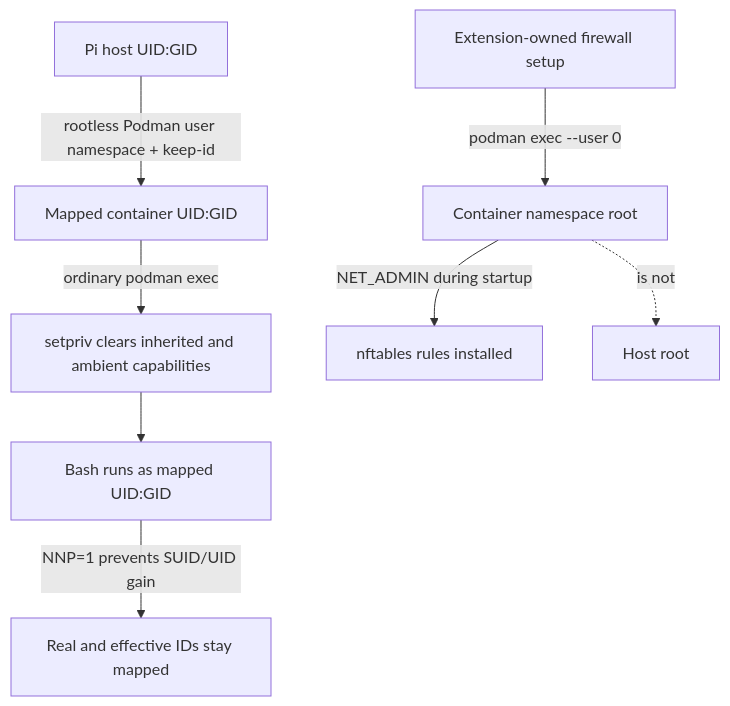
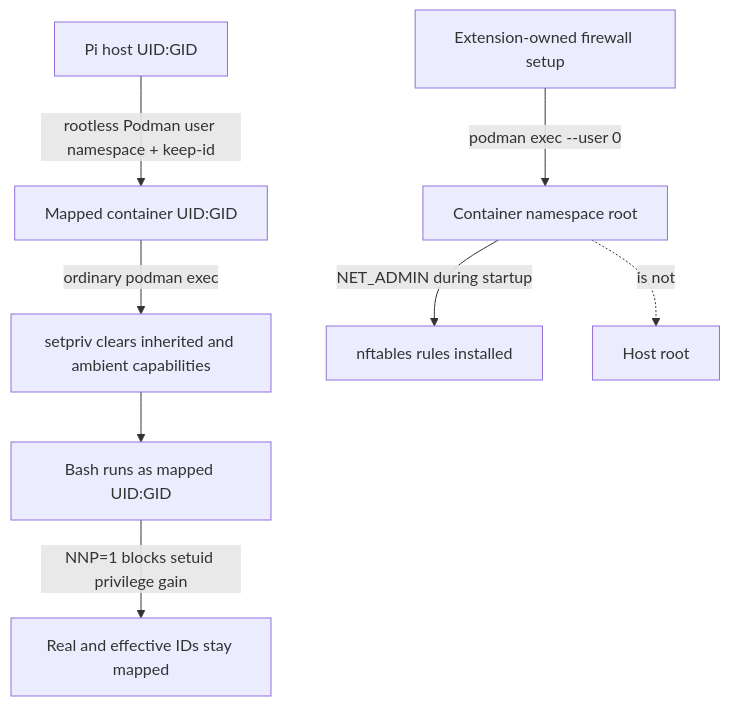
The second of 4 diagrams in specs/02_SANDBOX_EXTENSION.md (steveschnepp/pi-sandbox), drawn with Mermaid before and after one commit. The commit also changed other lines of this file and 1 other file, not shown here.

Commit message:
docs: fix sandbox tmpfs diagram label

````diff
--- a/specs/02_SANDBOX_EXTENSION.md
+++ b/specs/02_SANDBOX_EXTENSION.md
@@ -72,10 +72,10 @@
 ```mermaid
 flowchart TD
   HostUser[Pi host UID:GID] -->|rootless Podman user namespace + keep-id| MappedIdentity[Mapped container UID:GID]
   MappedIdentity -->|ordinary podman exec| Setpriv[setpriv clears inherited and ambient capabilities]
   Setpriv --> BashUser[Bash runs as mapped UID:GID]
-  BashUser -->|NNP=1 prevents SUID/UID gain| SameIdentity[Real and effective IDs stay mapped]
+  BashUser -->|NNP=1 blocks setuid privilege gain| SameIdentity[Real and effective IDs stay mapped]
   Startup[Extension-owned firewall setup] -->|podman exec --user 0| NamespaceRoot[Container namespace root]
   NamespaceRoot -->|NET_ADMIN during startup| FirewallSetup[nftables rules installed]
   NamespaceRoot -.->|is not| HostRoot[Host root]
 ```
````
